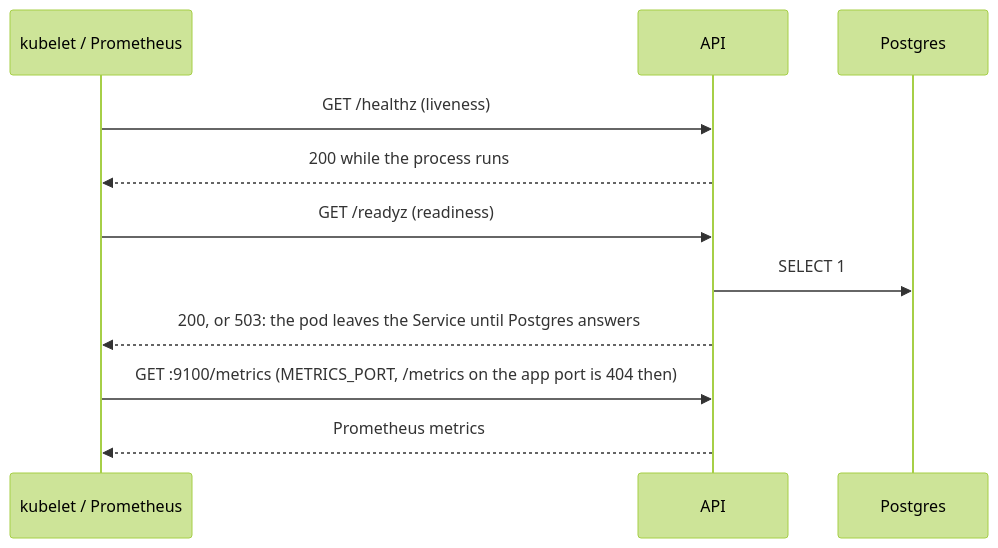
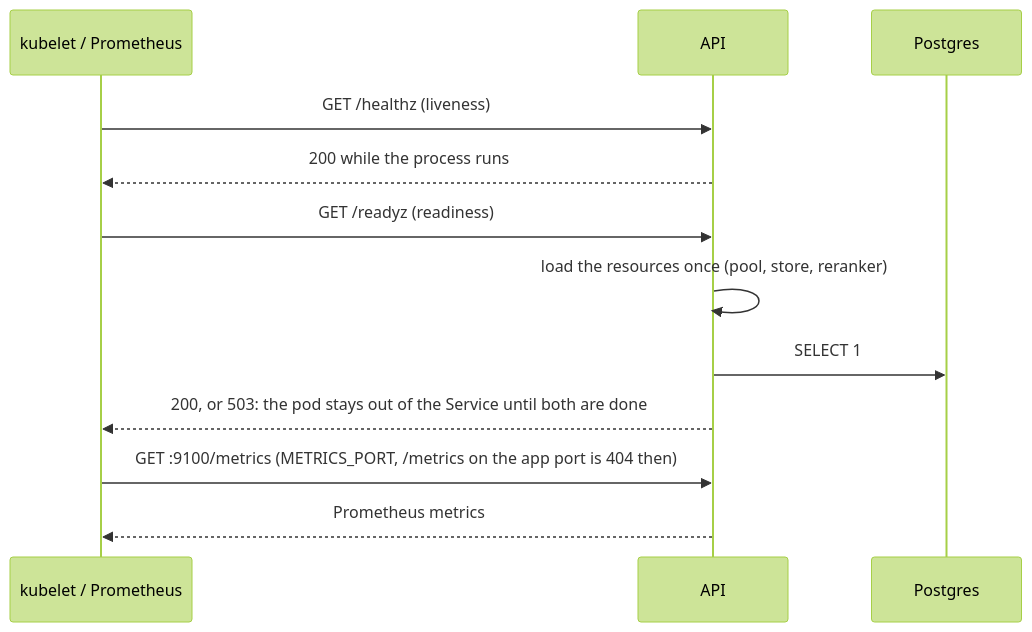
The ninth of 9 diagrams in docs/api.md (Anirudh1905/agentic-ai-chatbot), drawn with Mermaid (forest theme) before and after one commit. The commit also changed other lines of this file and 72 other files, not shown here.

````diff
--- a/docs/api.md
+++ b/docs/api.md
@@ -259,13 +265,14 @@
 ```mermaid
 sequenceDiagram
     participant K as kubelet / Prometheus
     participant API as API
     participant PG as Postgres
     K->>API: GET /healthz (liveness)
     API-->>K: 200 while the process runs
     K->>API: GET /readyz (readiness)
+    API->>API: load the resources once (pool, store, reranker)
     API->>PG: SELECT 1
-    API-->>K: 200, or 503: the pod leaves the Service until Postgres answers
+    API-->>K: 200, or 503: the pod stays out of the Service until both are done
     K->>API: GET :9100/metrics (METRICS_PORT, /metrics on the app port is 404 then)
     API-->>K: Prometheus metrics
 ```
````
